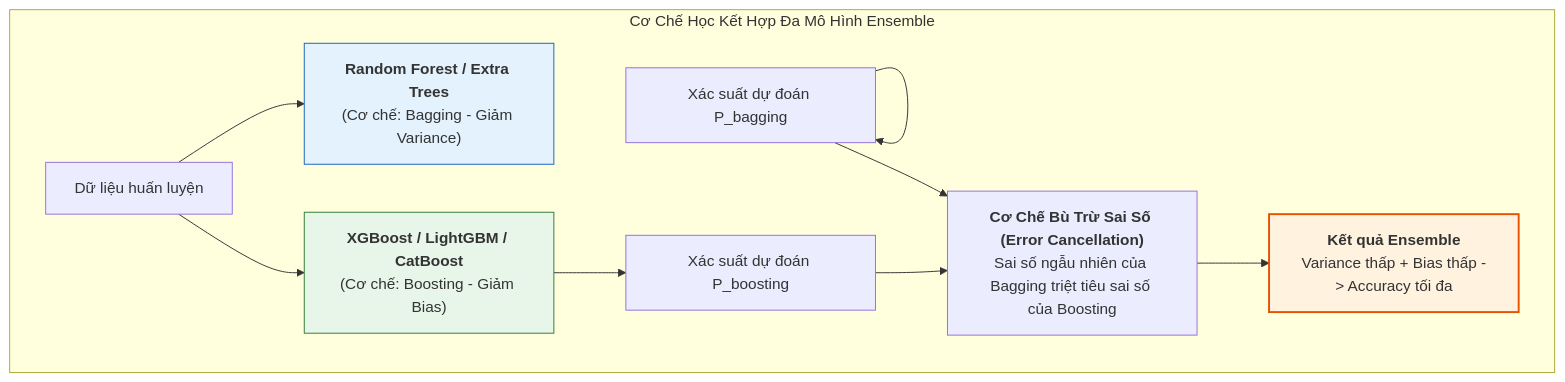
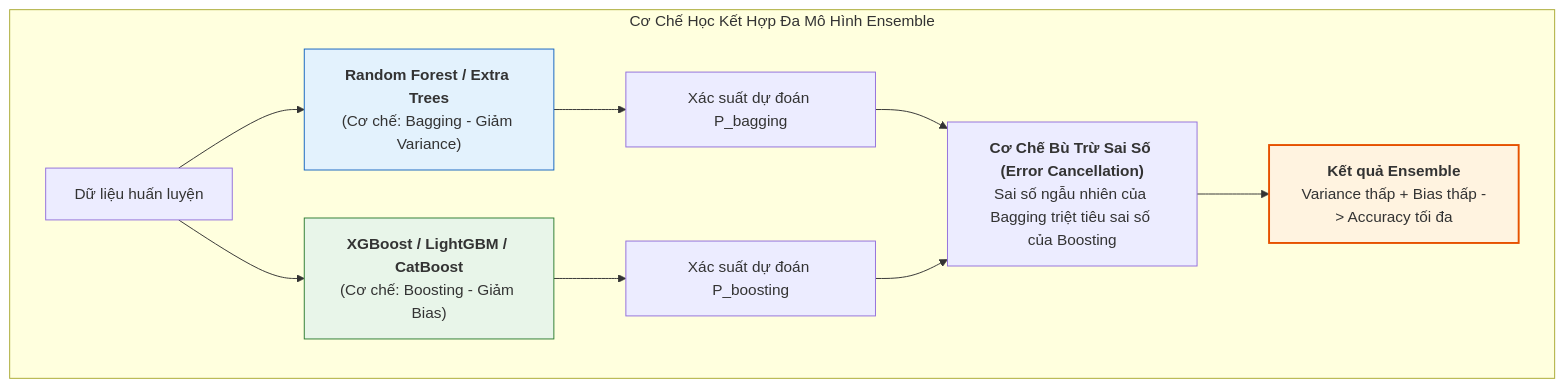
The fourth of 6 diagrams in competition/titanic/PIPELINE_PLAN.md (KhoaS84/kaggle-key), drawn with Mermaid before and after one commit.

Commit message:
fix(mermaid): correct node syntax M1 --> P1 in Section 4.4 Ensemble diagram

````diff
--- a/competition/titanic/PIPELINE_PLAN.md
+++ b/competition/titanic/PIPELINE_PLAN.md
@@ -325,16 +325,16 @@
 ```mermaid
 graph TD
     subgraph EnsMech ["Cơ Chế Học Kết Hợp Đa Mô Hình Ensemble"]
         A["Dữ liệu huấn luyện"] --> M1["<b>Random Forest / Extra Trees</b><br>(Cơ chế: Bagging - Giảm Variance)"]
         A --> M2["<b>XGBoost / LightGBM / CatBoost</b><br>(Cơ chế: Boosting - Giảm Bias)"]
 
-        P1 --> P1["Xác suất dự đoán P_bagging"]
+        M1 --> P1["Xác suất dự đoán P_bagging"]
         M2 --> P2["Xác suất dự đoán P_boosting"]
 
         P1 & P2 --> C["<b>Cơ Chế Bù Trừ Sai Số (Error Cancellation)</b><br>Sai số ngẫu nhiên của Bagging triệt tiêu sai số của Boosting"]
         C --> Out["<b>Kết quả Ensemble</b><br>Variance thấp + Bias thấp -> Accuracy tối đa"]
     end
     style M1 fill:#e3f2fd,stroke:#1565c0;
     style M2 fill:#e8f5e9,stroke:#2e7d32;
     style Out fill:#fff3e0,stroke:#e65100,stroke-width:2px;
 ```
````
